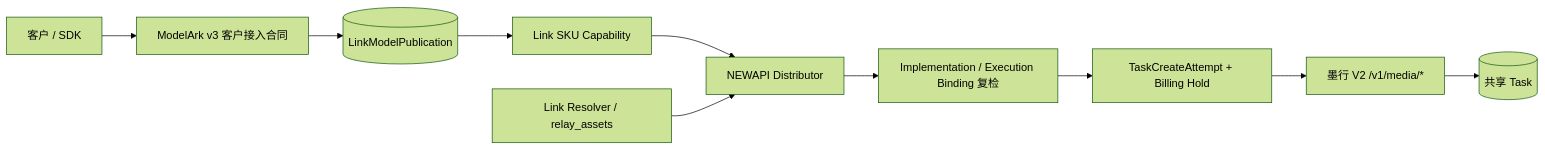
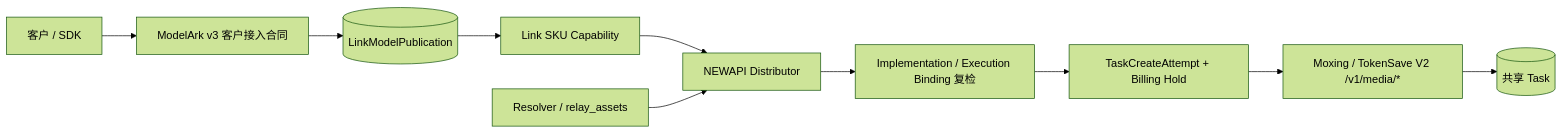
Before and after one commit to wuqiang44444444/new-api: the diagram in docs/20-architecture/seedance 模型接入设计/墨行/01-模型线路与合同边界.md, drawn with Mermaid (forest theme). The commit also changed other lines of this file and 146 other files, not shown here.

First line of the commit message:
feat: add new video link implementations for Feicai and Moxing

````diff
--- a/docs/20-architecture/seedance 模型接入设计/墨行/01-模型线路与合同边界.md
+++ b/docs/20-architecture/seedance 模型接入设计/墨行/01-模型线路与合同边界.md
@@ -16,16 +16,16 @@
 ```mermaid
 flowchart LR
     Client["客户 / SDK"]
     Access["ModelArk v3 客户接入合同"]
     Publication[("LinkModelPublication")]
     Capability["Link SKU Capability"]
     Distributor["NEWAPI Distributor"]
     Binding["Implementation / Execution Binding 复检"]
     Attempt["TaskCreateAttempt + Billing Hold"]
-    Relay["墨行 V2 /v1/media/*"]
+    Relay["Moxing / TokenSave V2 /v1/media/*"]
     Task[("共享 Task")]
-    Asset["Link Resolver / relay_assets"]
+    Asset["Resolver / relay_assets"]
 
     Client --> Access --> Publication --> Capability --> Distributor --> Binding --> Attempt --> Relay --> Task
     Asset --> Distributor
 ```
````
